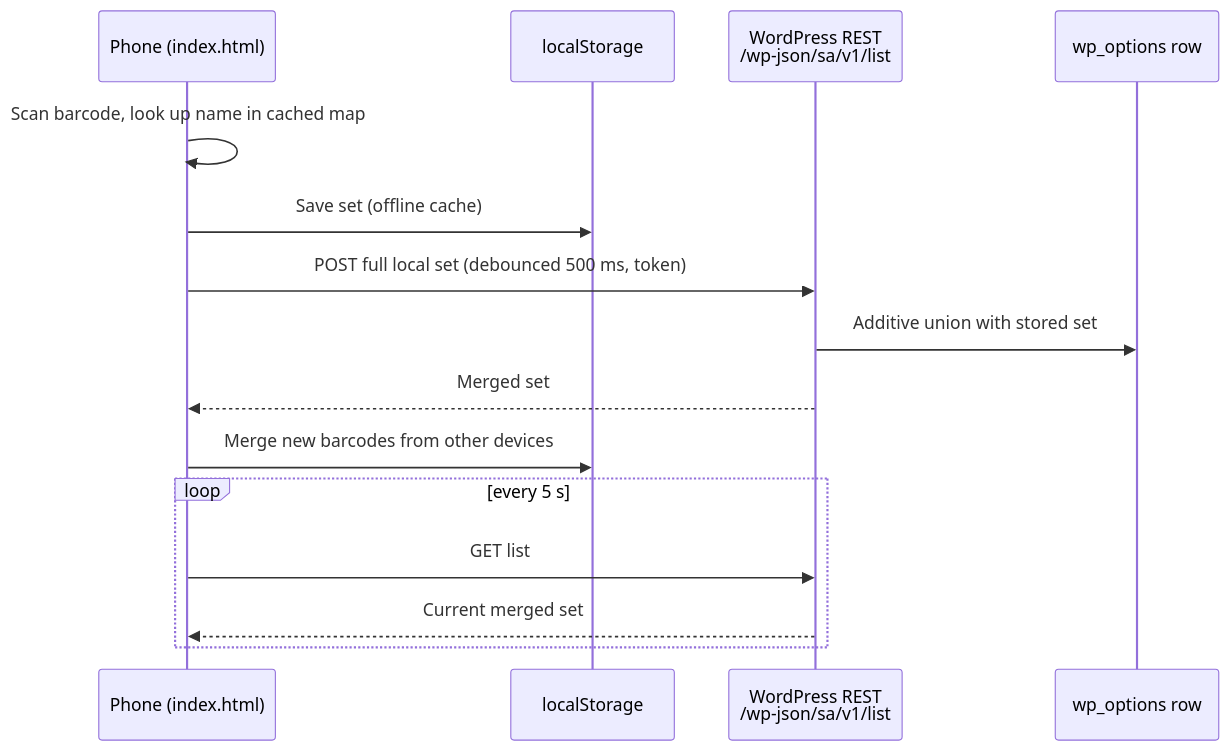
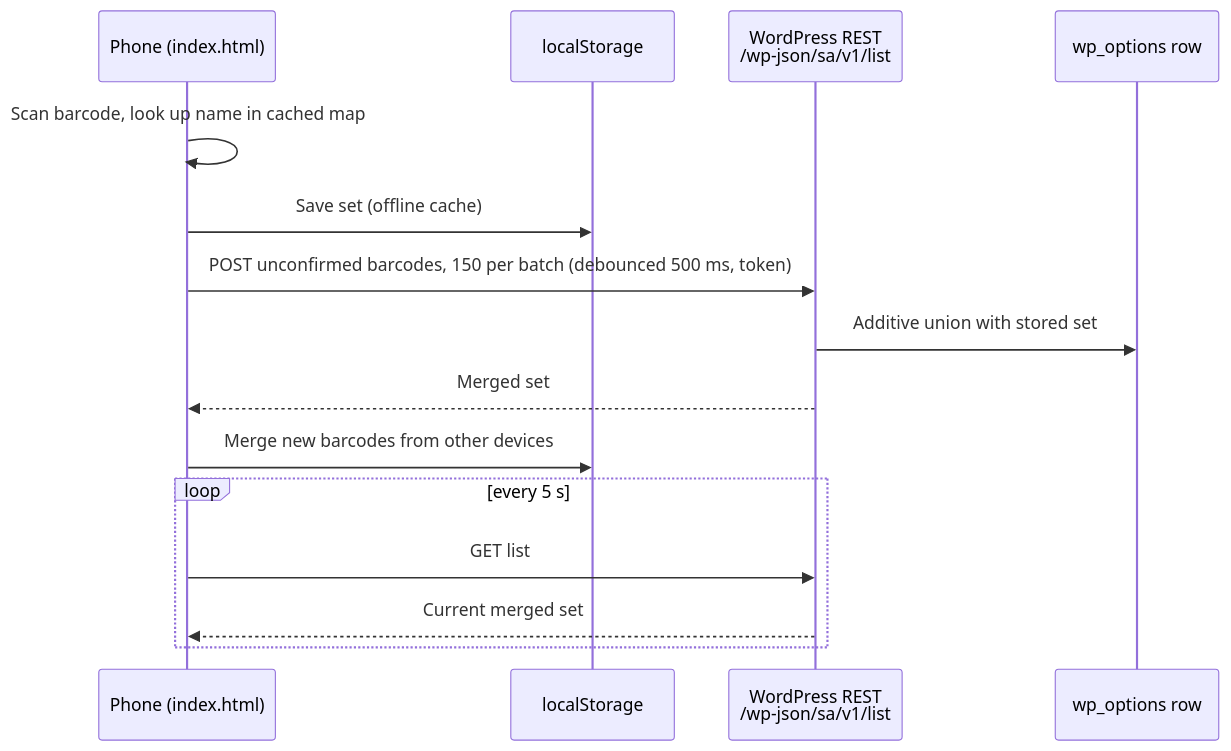
Before and after one commit to galasulin/supermarket-barcode-scanner: the diagram in README.md, drawn with Mermaid. The commit also changed other lines of this file and 3 other files, not shown here.

````diff
--- a/README.md
+++ b/README.md
@@ -93,17 +96,17 @@
 ```mermaid
 sequenceDiagram
     participant P as Phone (index.html)
     participant L as localStorage
     participant W as WordPress REST<br/>/wp-json/sa/v1/list
     participant O as wp_options row
     P->>P: Scan barcode, look up name in cached map
     P->>L: Save set (offline cache)
-    P->>W: POST full local set (debounced 500 ms, token)
+    P->>W: POST unconfirmed barcodes, 150 per batch (debounced 500 ms, token)
     W->>O: Additive union with stored set
     W-->>P: Merged set
     P->>L: Merge new barcodes from other devices
     loop every 5 s
         P->>W: GET list
         W-->>P: Current merged set
     end
 ```
````
